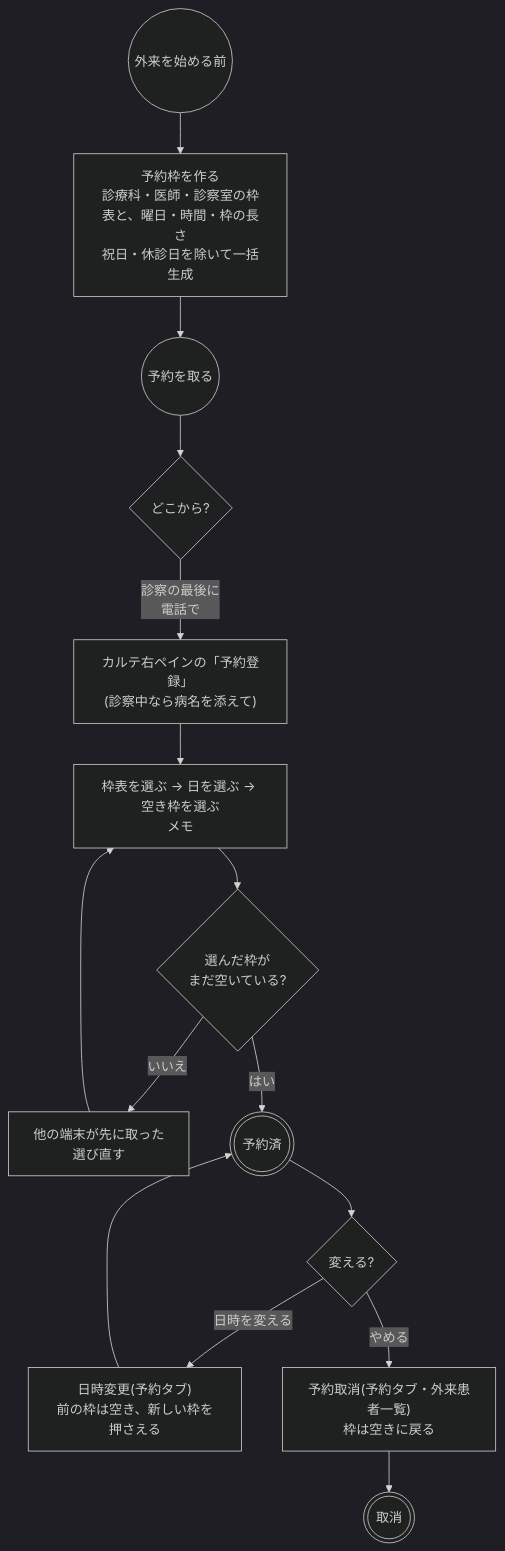
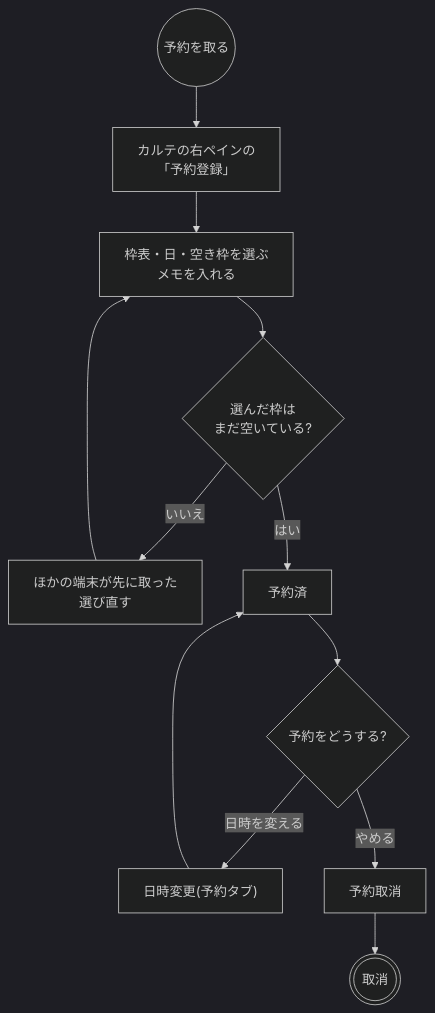
Before and after one commit to ysnr-dev/fhir-client: the second of 18 diagrams in docs/order-flows/outpatient.md, drawn with Mermaid (dark theme). The commit also changed other lines of this file and 14 other files, not shown here.

Commit message:
docs: 業務フローに書き方の決まりを追加し図と用語を整理

````diff
--- a/docs/order-flows/outpatient.md
+++ b/docs/order-flows/outpatient.md
@@ -87,24 +113,19 @@
 ```mermaid
 flowchart TD
-  prep(("外来を始める前"))
-  frame["予約枠を作る<br/>診療科・医師・診察室の枠表と、曜日・時間・枠の長さ<br/>祝日・休診日を除いて一括生成"]
   open(("予約を取る"))
-  where{"どこから?"}
-  karte["カルテ右ペインの「予約登録」<br/>(診察中なら病名を添えて)"]
-  pick["枠表を選ぶ → 日を選ぶ → 空き枠を選ぶ<br/>メモ"]
-  freeQ{"選んだ枠が<br/>まだ空いている?"}
-  taken["他の端末が先に取った<br/>選び直す"]
-  booked((("予約済")))
-  change{"変える?"}
-  reschedule["日時変更(予約タブ)<br/>前の枠は空き、新しい枠を押さえる"]
-  cancelBook["予約取消(予約タブ・外来患者一覧)<br/>枠は空きに戻る"]
+  karte["カルテの右ペインの<br/>「予約登録」"]
+  pick["枠表・日・空き枠を選ぶ<br/>メモを入れる"]
+  freeQ{"選んだ枠は<br/>まだ空いている?"}
+  taken["ほかの端末が先に取った<br/>選び直す"]
+  booked["予約済"]
+  change{"予約をどうする?"}
+  reschedule["日時変更(予約タブ)"]
+  cancelBook["予約取消"]
   cancelled((("取消")))
 
-  prep --> frame --> open
-  open --> where
-  where -- "診察の最後に<br/>電話で" --> karte --> pick --> freeQ
+  open --> karte --> pick --> freeQ
   freeQ -- "いいえ" --> taken --> pick
   freeQ -- "はい" --> booked --> change
   change -- "日時を変える" --> reschedule --> booked
   change -- "やめる" --> cancelBook --> cancelled
 ```
````
